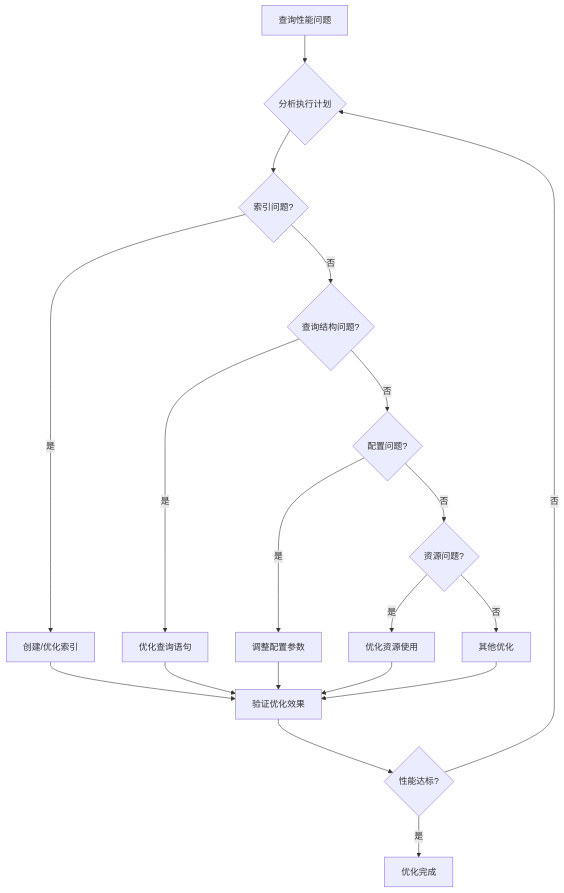
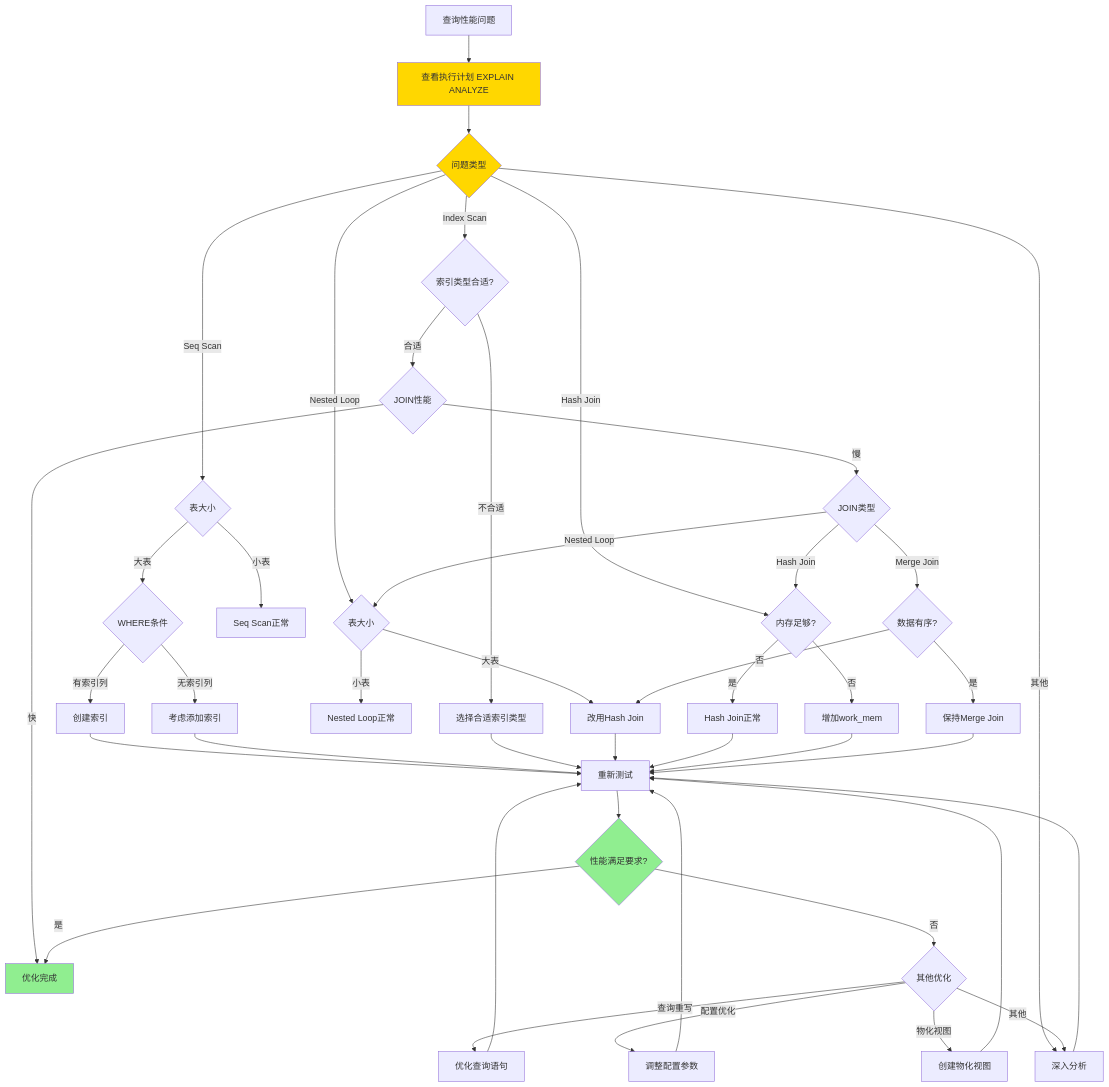
Before and after one commit to AdaMartin18010/PostgreSQL_modern: the second of 3 diagrams in PostgreSQL培训/01-SQL基础/查询优化体系详解.md, drawn with Mermaid. The commit also changed other lines of this file and 11 other files, not shown here.

````diff
--- a/PostgreSQL培训/01-SQL基础/查询优化体系详解.md
+++ b/PostgreSQL培训/01-SQL基础/查询优化体系详解.md
@@ -136,21 +143,50 @@
 ```mermaid
 flowchart TD
-    A[查询性能问题] --> B{分析执行计划}
-    B --> C{索引问题?}
-    C -->|是| D[创建/优化索引]
-    C -->|否| E{查询结构问题?}
-    E -->|是| F[优化查询语句]
-    E -->|否| G{配置问题?}
-    G -->|是| H[调整配置参数]
-    G -->|否| I{资源问题?}
-    I -->|是| J[优化资源使用]
-    I -->|否| K[其他优化]
-    D --> L[验证优化效果]
-    F --> L
-    H --> L
-    J --> L
-    K --> L
-    L --> M{性能达标?}
-    M -->|否| B
-    M -->|是| N[优化完成]
+    A[查询性能问题] --> B[查看执行计划 EXPLAIN ANALYZE]
+    B --> C{问题类型}
+    C -->|Seq Scan| D{表大小}
+    C -->|Index Scan| E{索引类型合适?}
+    C -->|Nested Loop| F{表大小}
+    C -->|Hash Join| G{内存足够?}
+    C -->|其他| H[深入分析]
+    D -->|小表| I[Seq Scan正常]
+    D -->|大表| J{WHERE条件}
+    J -->|有索引列| K[创建索引]
+    J -->|无索引列| L[考虑添加索引]
+    E -->|不合适| M[选择合适索引类型]
+    E -->|合适| N{JOIN性能}
+    F -->|小表| O[Nested Loop正常]
+    F -->|大表| P[改用Hash Join]
+    G -->|是| Q[Hash Join正常]
+    G -->|否| R[增加work_mem]
+    K --> S[重新测试]
+    L --> S
+    M --> S
+    N -->|慢| T{JOIN类型}
+    N -->|快| U[优化完成]
+    T -->|Nested Loop| F
+    T -->|Hash Join| G
+    T -->|Merge Join| V{数据有序?}
+    V -->|是| W[保持Merge Join]
+    V -->|否| P
+    P --> S
+    Q --> S
+    R --> S
+    W --> S
+    S --> X{性能满足要求?}
+    X -->|是| U
+    X -->|否| Y{其他优化}
+    Y -->|查询重写| Z[优化查询语句]
+    Y -->|配置优化| AA[调整配置参数]
+    Y -->|物化视图| AB[创建物化视图]
+    Y -->|其他| H
+    Z --> S
+    AA --> S
+    AB --> S
+    H --> S
+
+    style B fill:#FFD700
+    style C fill:#FFD700
+    style X fill:#90EE90
+    style U fill:#90EE90
 ```
````
